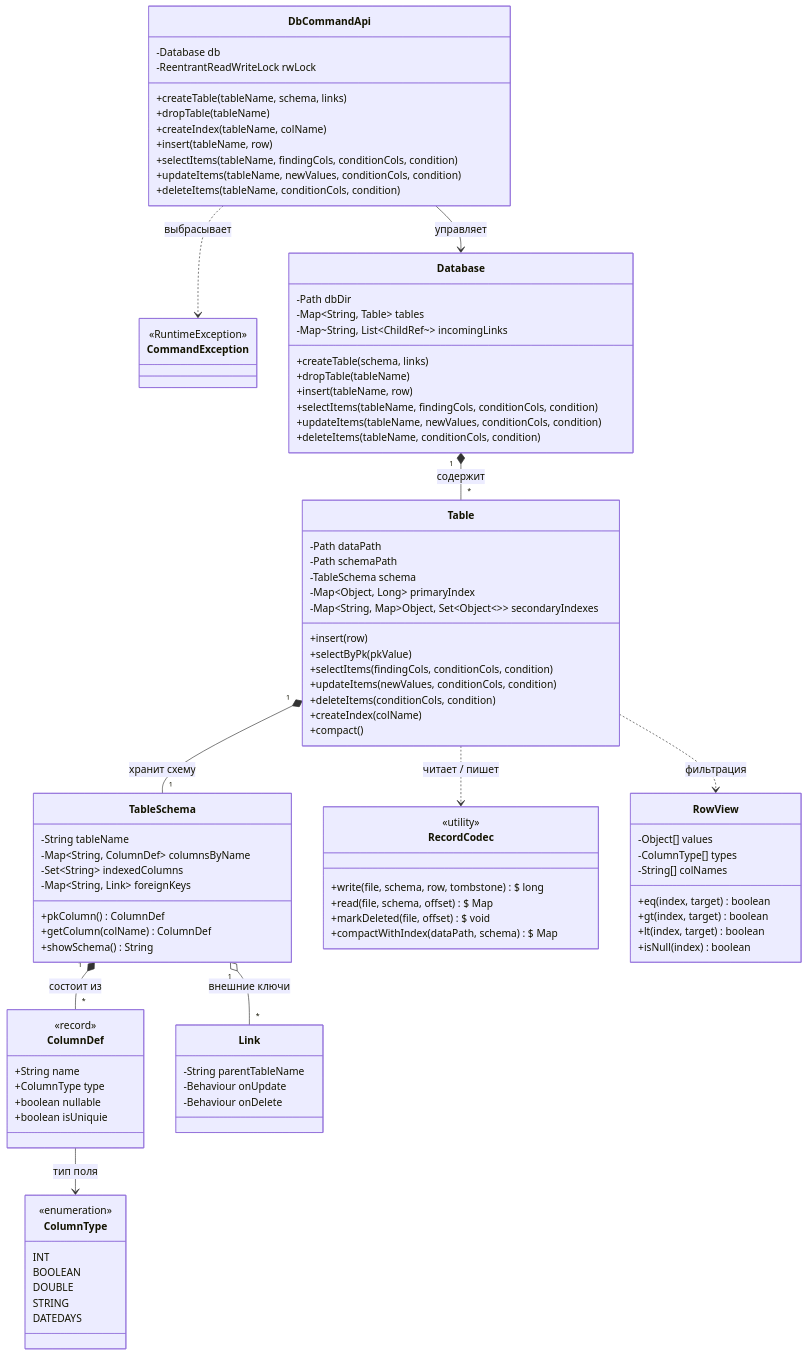
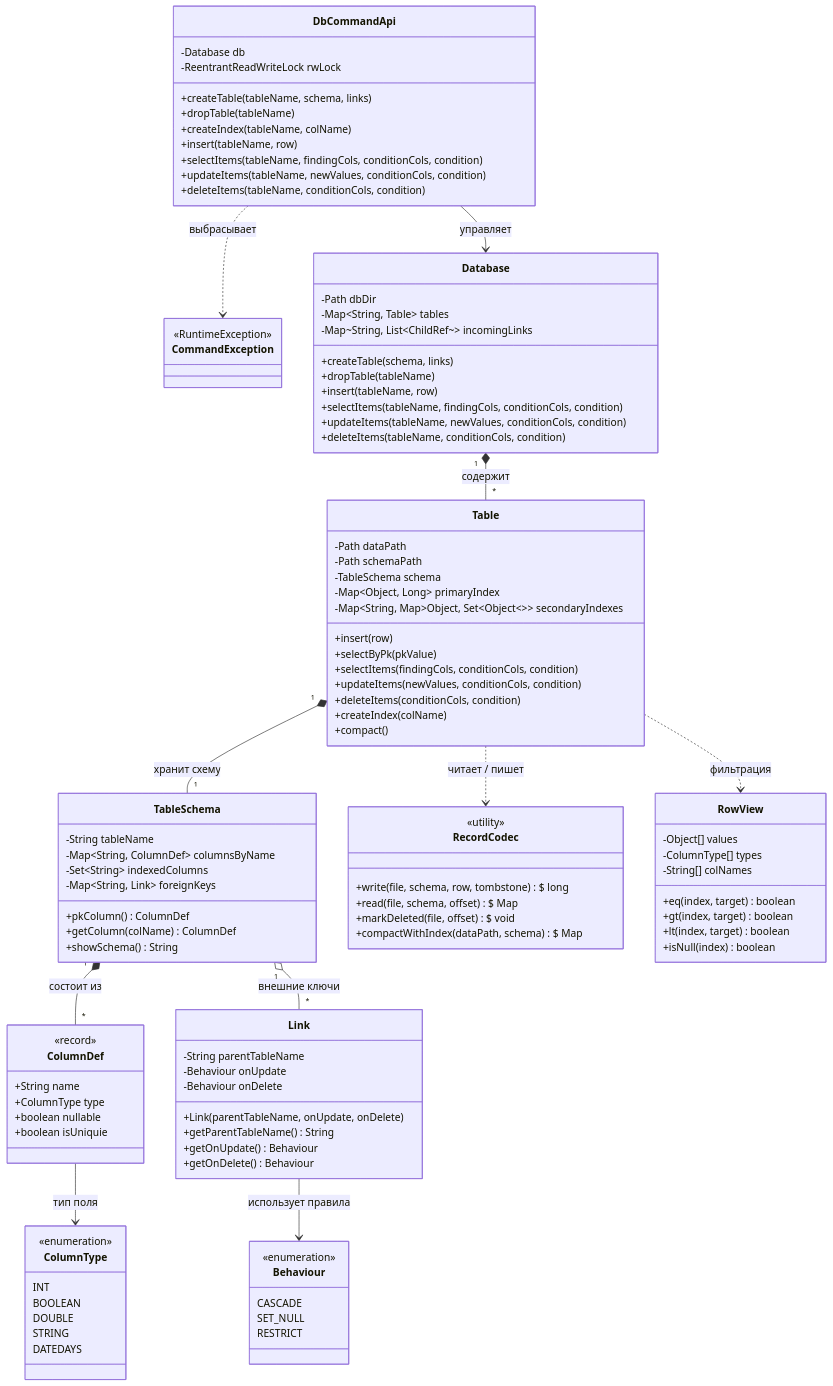
Before and after one commit to Ffgags13/DatabaseLab: the diagram in README.md, drawn with Mermaid.

Commit message:
Class diagramm add

```diff
--- a/README.md
+++ b/README.md
@@ -76,7 +76,19 @@
         -String parentTableName
         -Behaviour onUpdate
         -Behaviour onDelete
+        +Link(parentTableName, onUpdate, onDelete)
+        +getParentTableName() String
+        +getOnUpdate() Behaviour
+        +getOnDelete() Behaviour
     }
+    class Behaviour {
+        <<enumeration>>
+        CASCADE
+        SET_NULL
+        RESTRICT
+    }
+
+    Link --> Behaviour : использует правила
 
     class RecordCodec {
         <<utility>>
```
